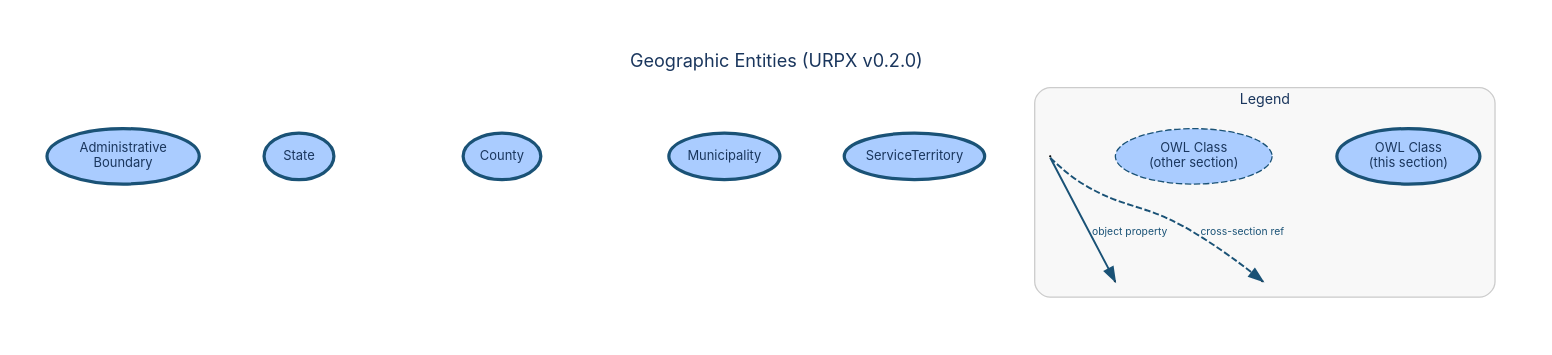
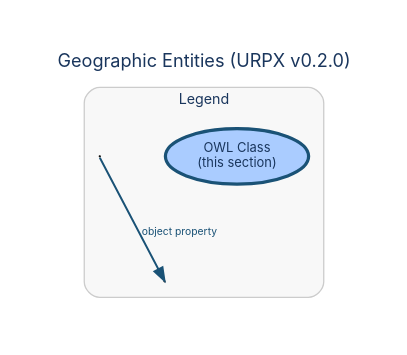
Before and after one commit to urpx-org/urpx: the diagram in documentation/diagrams/dictionary/geographic-entities.dot, drawn with Graphviz. The commit also changed 29 other files, not shown here.

```diff
--- a/documentation/diagrams/dictionary/geographic-entities.dot
+++ b/documentation/diagrams/dictionary/geographic-entities.dot
@@ -1,64 +1,36 @@
 digraph "Geographic Entities" {
     rankdir=TB;
     bgcolor="white";
     pad=0.4;
     nodesep=0.7;
     ranksep=0.9;
     fontname="Inter, Helvetica, Arial, sans-serif";
     label="Geographic Entities (URPX v0.2.0)";
     labelloc="t";
     fontsize=14;
     fontcolor="#1a365d";
     node [fontname="Inter, Helvetica, Arial, sans-serif", fontsize=10, style=filled, fontcolor="#1a365d"];
     edge [fontname="Inter, Helvetica, Arial, sans-serif", fontsize=8, fontcolor="#1a365d"];
 
     // Section classes
-    AdministrativeBoundary [
-        label="Administrative\nBoundary"
-        shape=ellipse, fillcolor="#aaccff", color="#1a5276", penwidth=2.5
-    ];
-    State [
-        label="State"
-        shape=ellipse, fillcolor="#aaccff", color="#1a5276", penwidth=2.5
-    ];
-    County [
-        label="County"
-        shape=ellipse, fillcolor="#aaccff", color="#1a5276", penwidth=2.5
-    ];
-    Municipality [
-        label="Municipality"
-        shape=ellipse, fillcolor="#aaccff", color="#1a5276", penwidth=2.5
-    ];
-    ServiceTerritory [
-        label="ServiceTerritory"
-        shape=ellipse, fillcolor="#aaccff", color="#1a5276", penwidth=2.5
-    ];
 
     // Object property edges
 
     // Layout-specified rank groups
-    { rank=same; AdministrativeBoundary; }
-    { rank=same; State; County; Municipality; }
-    State -> County [style=invis];
-    County -> Municipality [style=invis];
-    { rank=same; ServiceTerritory; }
 
     subgraph cluster_legend {
         label="Legend";
         fontname="Inter, Helvetica, Arial, sans-serif";
         fontsize=11;
         fontcolor="#1a365d";
         style=rounded;
         color="#cccccc";
         bgcolor="#f8f8f8";
         margin=12;
 
         leg_class [label="OWL Class\n(this section)", shape=ellipse, fillcolor="#aaccff", color="#1a5276", penwidth=2.5];
-        leg_xref [label="OWL Class\n(other section)", shape=ellipse, fillcolor="#aaccff", color="#1a5276", penwidth=1, style="filled,dashed"];
         leg_src [label=" ", shape=point, width=0.01];
         leg_tgt1 [label=" ", shape=point, width=0.01];
-        leg_tgt2 [label=" ", shape=point, width=0.01];
         leg_src -> leg_tgt1 [label="object property", color="#1a5276", fontcolor="#1a5276", penwidth=1.5];
-        leg_src -> leg_tgt2 [label="cross-section ref", style=dashed, color="#1a5276", fontcolor="#1a5276", penwidth=1.5];
     }
 }
```
